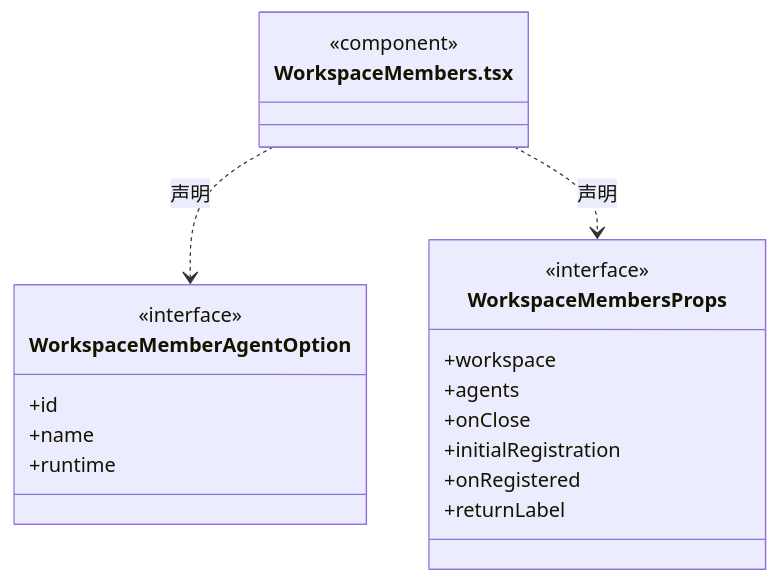
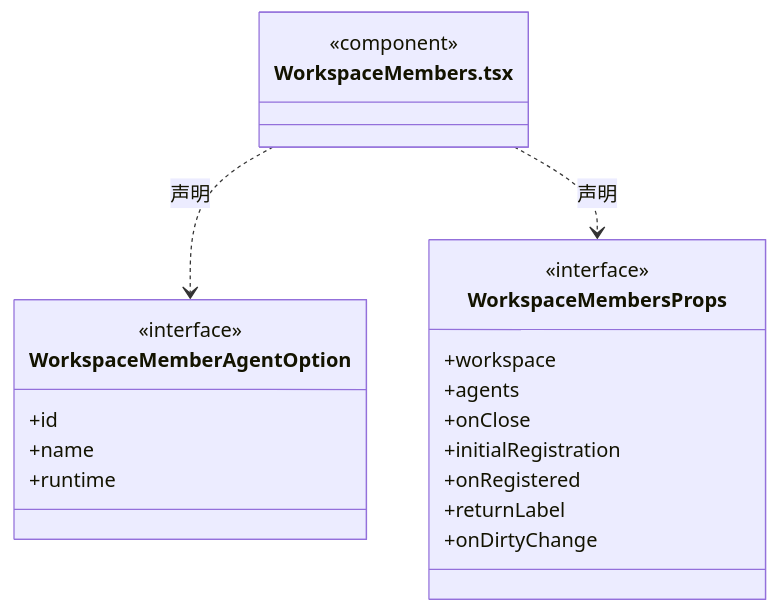
Diagram 24 of 28 in src/view/team/ARCHITECTURE.md (nan023062/cbim), drawn with Mermaid before and after one commit. The commit also changed other lines of this file and 153 other files, not shown here.

````diff
--- a/src/view/team/ARCHITECTURE.md
+++ b/src/view/team/ARCHITECTURE.md
@@ -409,23 +409,24 @@
 ```mermaid
 classDiagram
 class N_src_view_team_WorkspaceMembers_tsx["WorkspaceMembers.tsx"] {
   <<component>>
 }
 class N_src_view_team_WorkspaceMembers_tsx_WorkspaceMemberAgentOption["WorkspaceMemberAgentOption"] {
   <<interface>>
   +id
   +name
   +runtime
 }
 N_src_view_team_WorkspaceMembers_tsx ..> N_src_view_team_WorkspaceMembers_tsx_WorkspaceMemberAgentOption : 声明
 class N_src_view_team_WorkspaceMembers_tsx_WorkspaceMembersProps["WorkspaceMembersProps"] {
   <<interface>>
   +workspace
   +agents
   +onClose
   +initialRegistration
   +onRegistered
   +returnLabel
+  +onDirtyChange
 }
 N_src_view_team_WorkspaceMembers_tsx ..> N_src_view_team_WorkspaceMembers_tsx_WorkspaceMembersProps : 声明
 ```
````
